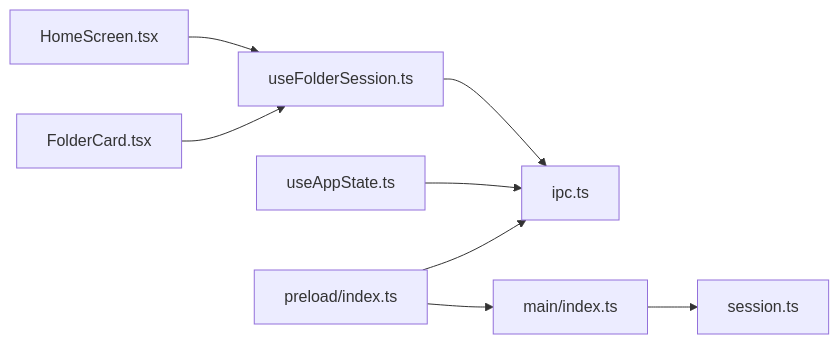
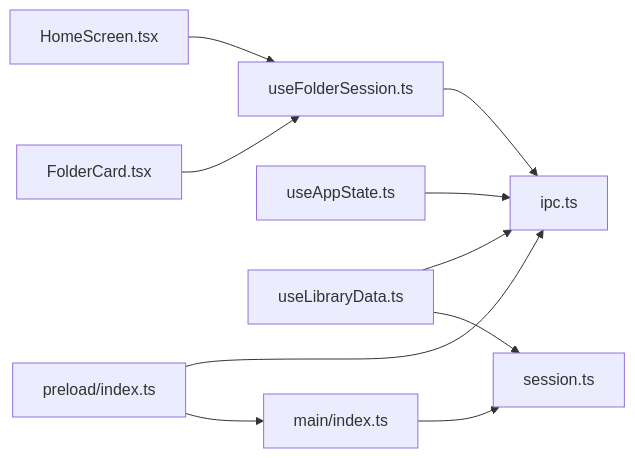
One commit to satyrlord/mixjam-electron changed diagram 11 of 11 in .qoder/repowiki/en/content/Session Management.md. Above: the diagram before and after it, drawn with Mermaid. The commit also changed other lines of this file and 104 other files, not shown here.

First line of the commit message:
fix(config): update markdownlint schema and cleanup ignored paths

````diff
--- a/.qoder/repowiki/en/content/Session Management.md
+++ b/.qoder/repowiki/en/content/Session Management.md
@@ -367,10 +491,12 @@
 ```mermaid
 graph LR
 UFS["useFolderSession.ts"] --> IPC["ipc.ts"]
 UAS["useAppState.ts"] --> IPC
+ULD["useLibraryData.ts"] --> IPC
 PRE["preload/index.ts"] --> IPC
 PRE --> IDX["main/index.ts"]
 IDX --> SES["session.ts"]
 HS["HomeScreen.tsx"] --> UFS
 FC["FolderCard.tsx"] --> UFS
+ULD --> SES
 ```
````
